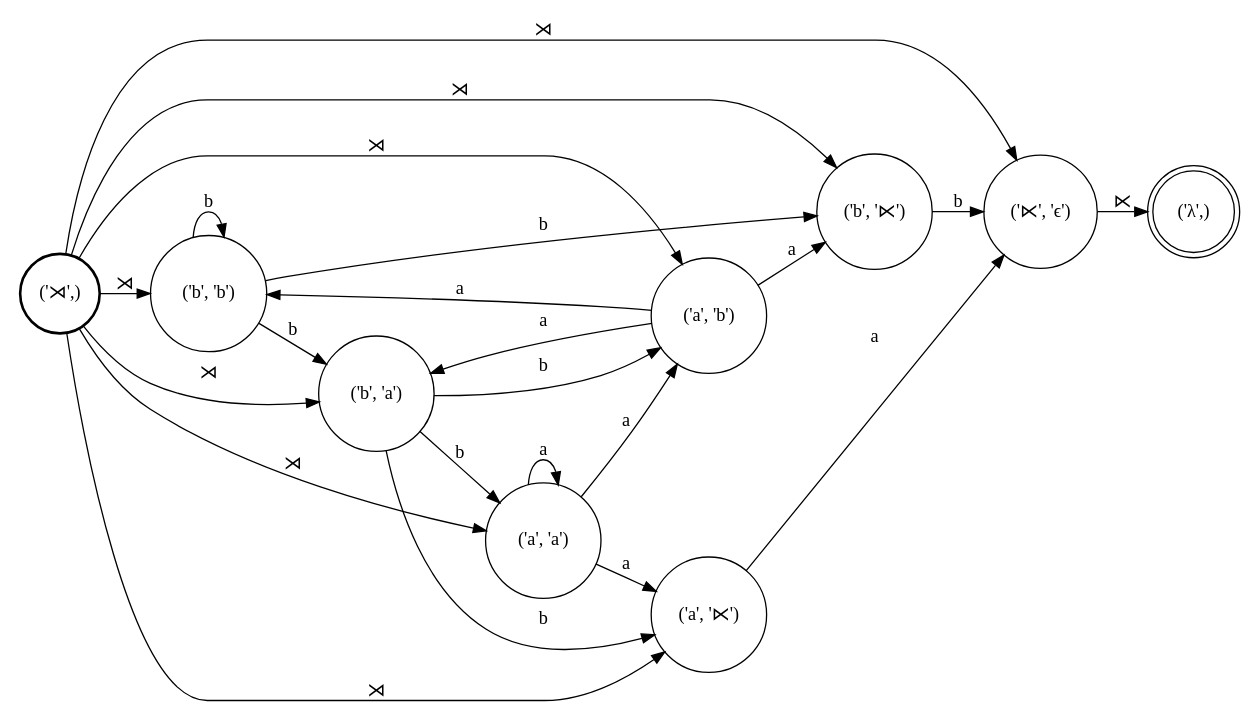
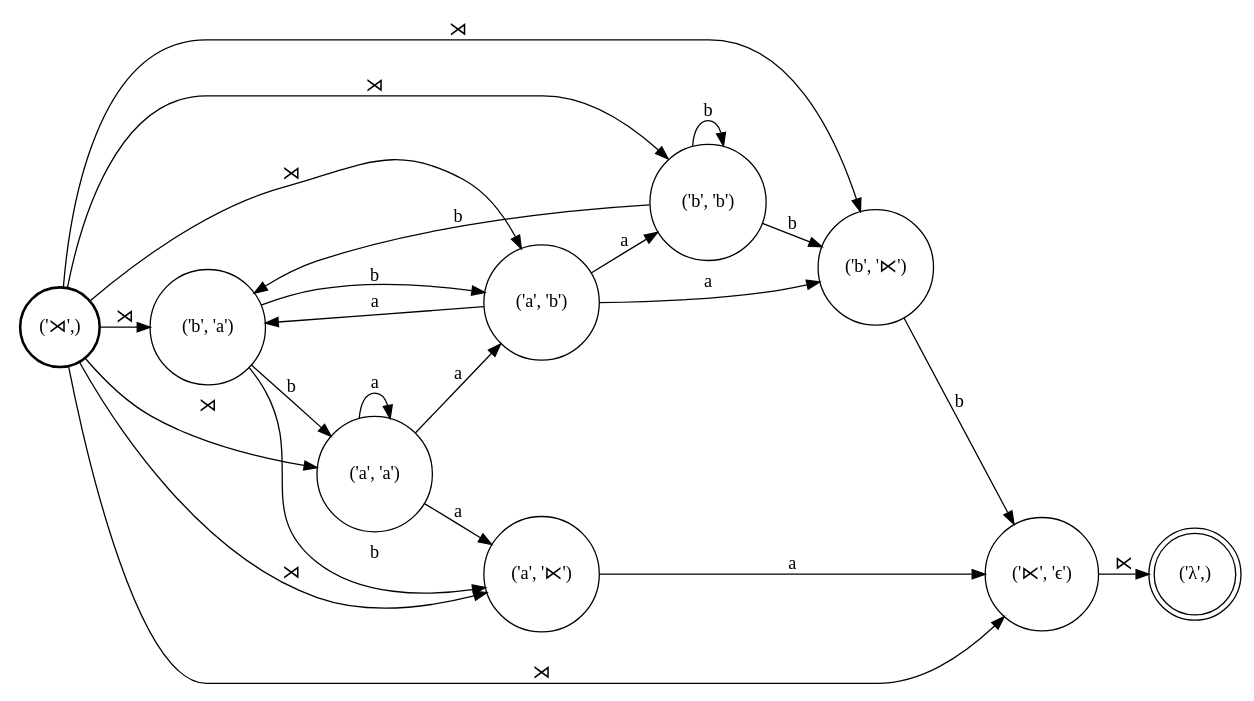
Before and after one commit to colincwilson/wynini: the diagram in demo/R.dot, drawn with Graphviz. The commit also changed 6 other files, not shown here.

```diff
--- a/demo/R.dot
+++ b/demo/R.dot
@@ -1,39 +1,39 @@
 digraph FST {
 rankdir = LR;
 size = "8.5,11";
 center = 1;
 orientation = Portrait;
 ranksep = "0.4";
 nodesep = "0.25";
 8 [label = "('⋊',)", shape = circle, style = bold, fontsize = 14]
 	8 -> 7 [label = "⋊", fontsize = 14];
 	8 -> 6 [label = "⋊", fontsize = 14];
+	8 -> 1 [label = "⋊", fontsize = 14];
 	8 -> 3 [label = "⋊", fontsize = 14];
+	8 -> 4 [label = "⋊", fontsize = 14];
 	8 -> 2 [label = "⋊", fontsize = 14];
-	8 -> 4 [label = "⋊", fontsize = 14];
 	8 -> 5 [label = "⋊", fontsize = 14];
-	8 -> 1 [label = "⋊", fontsize = 14];
 0 [label = "('λ',)", shape = doublecircle, style = solid, fontsize = 14]
 1 [label = "('⋉', 'ϵ')", shape = circle, style = solid, fontsize = 14]
 	1 -> 0 [label = "⋉", fontsize = 14];
 2 [label = "('a', '⋉')", shape = circle, style = solid, fontsize = 14]
 	2 -> 1 [label = "a", fontsize = 14];
 3 [label = "('b', '⋉')", shape = circle, style = solid, fontsize = 14]
 	3 -> 1 [label = "b", fontsize = 14];
-4 [label = "('a', 'a')", shape = circle, style = solid, fontsize = 14]
-	4 -> 2 [label = "a", fontsize = 14];
-	4 -> 6 [label = "a", fontsize = 14];
-	4 -> 4 [label = "a", fontsize = 14];
-5 [label = "('b', 'a')", shape = circle, style = solid, fontsize = 14]
-	5 -> 2 [label = "b", fontsize = 14];
-	5 -> 6 [label = "b", fontsize = 14];
-	5 -> 4 [label = "b", fontsize = 14];
-6 [label = "('a', 'b')", shape = circle, style = solid, fontsize = 14]
-	6 -> 3 [label = "a", fontsize = 14];
-	6 -> 5 [label = "a", fontsize = 14];
-	6 -> 7 [label = "a", fontsize = 14];
-7 [label = "('b', 'b')", shape = circle, style = solid, fontsize = 14]
-	7 -> 3 [label = "b", fontsize = 14];
-	7 -> 5 [label = "b", fontsize = 14];
-	7 -> 7 [label = "b", fontsize = 14];
+4 [label = "('a', 'b')", shape = circle, style = solid, fontsize = 14]
+	4 -> 3 [label = "a", fontsize = 14];
+	4 -> 5 [label = "a", fontsize = 14];
+	4 -> 7 [label = "a", fontsize = 14];
+5 [label = "('b', 'b')", shape = circle, style = solid, fontsize = 14]
+	5 -> 3 [label = "b", fontsize = 14];
+	5 -> 5 [label = "b", fontsize = 14];
+	5 -> 7 [label = "b", fontsize = 14];
+6 [label = "('a', 'a')", shape = circle, style = solid, fontsize = 14]
+	6 -> 2 [label = "a", fontsize = 14];
+	6 -> 6 [label = "a", fontsize = 14];
+	6 -> 4 [label = "a", fontsize = 14];
+7 [label = "('b', 'a')", shape = circle, style = solid, fontsize = 14]
+	7 -> 2 [label = "b", fontsize = 14];
+	7 -> 6 [label = "b", fontsize = 14];
+	7 -> 4 [label = "b", fontsize = 14];
 }
```
